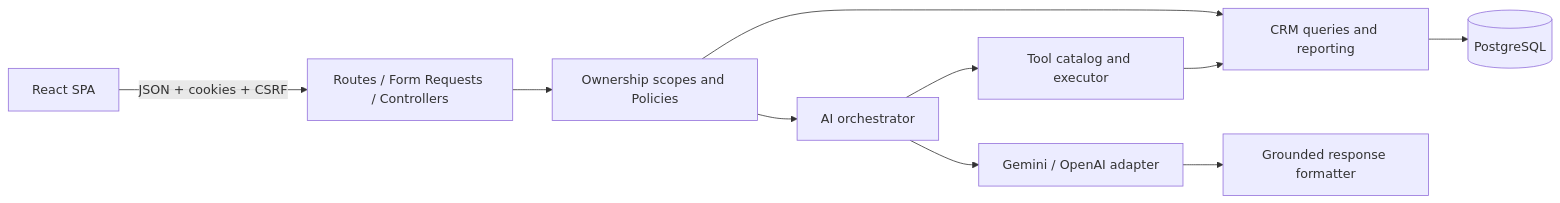
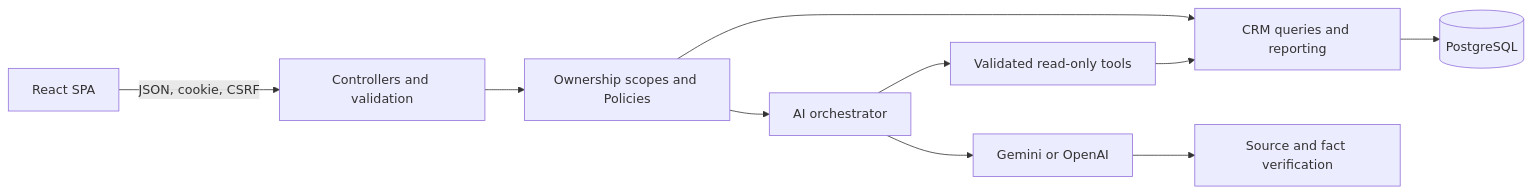
One commit to tamourax/CRMbackend changed the first of 2 diagrams in README.md. Above: the diagram before and after it, drawn with Mermaid. The commit also changed other lines of this file and 10 other files, not shown here.

Commit message:
docs: complete project setup architecture and reviewer guides

````diff
--- a/README.md
+++ b/README.md
@@ -97,12 +84,12 @@
 ```mermaid
 flowchart LR
-    UI[React SPA] -->|JSON + cookies + CSRF| HTTP[Routes / Form Requests / Controllers]
-    HTTP --> AUTH[Ownership scopes and Policies]
-    AUTH --> CRM[CRM queries and reporting]
-    CRM --> DB[(PostgreSQL)]
-    AUTH --> AI[AI orchestrator]
-    AI --> TOOLS[Tool catalog and executor]
+    UI["React SPA"] -->|"JSON, cookie, CSRF"| HTTP["Controllers and validation"]
+    HTTP --> AUTH["Ownership scopes and Policies"]
+    AUTH --> CRM["CRM queries and reporting"]
+    CRM --> DB[("PostgreSQL")]
+    AUTH --> AI["AI orchestrator"]
+    AI --> TOOLS["Validated read-only tools"]
     TOOLS --> CRM
-    AI --> PROVIDER[Gemini / OpenAI adapter]
-    PROVIDER --> VERIFY[Grounded response formatter]
+    AI --> PROVIDER["Gemini or OpenAI"]
+    PROVIDER --> VERIFY["Source and fact verification"]
 ```
````
